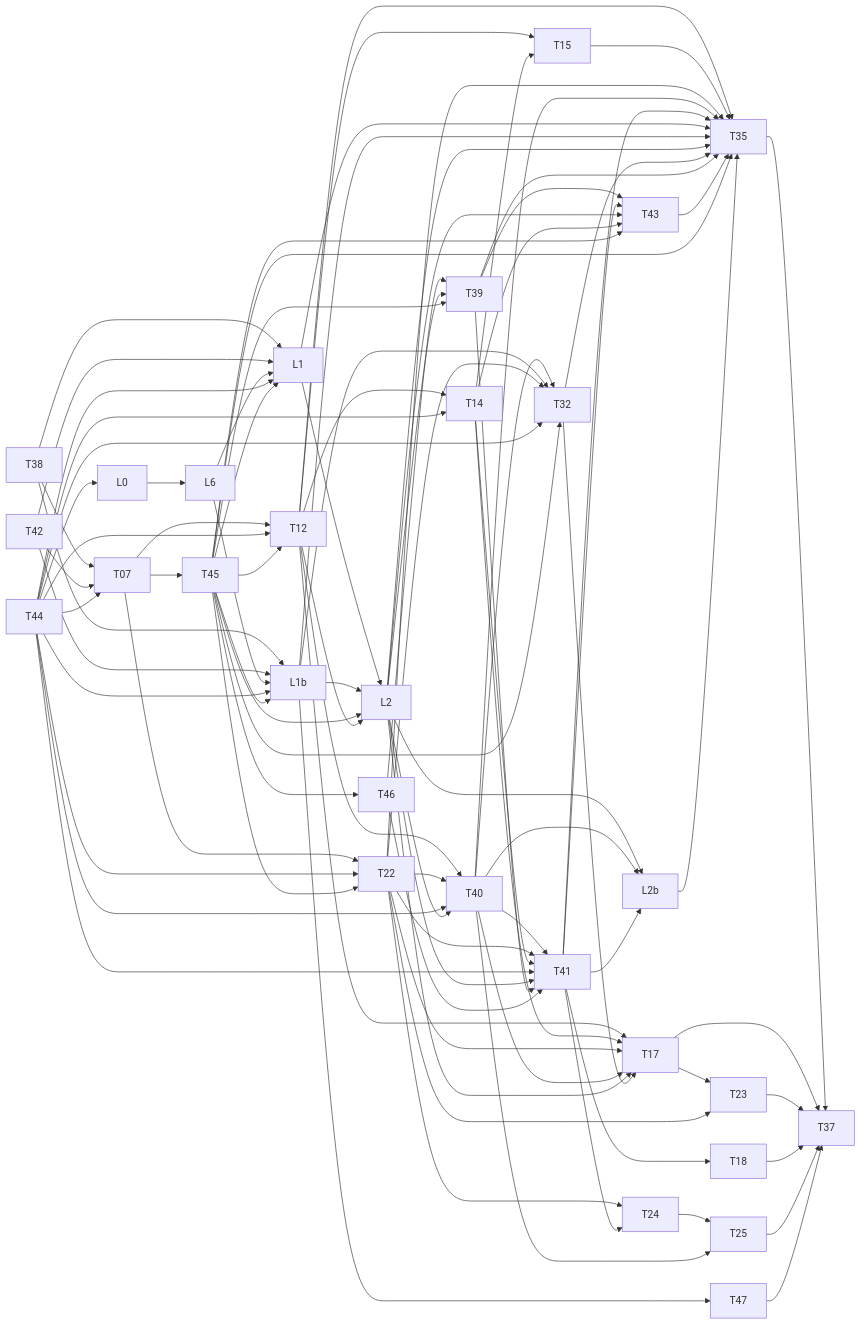
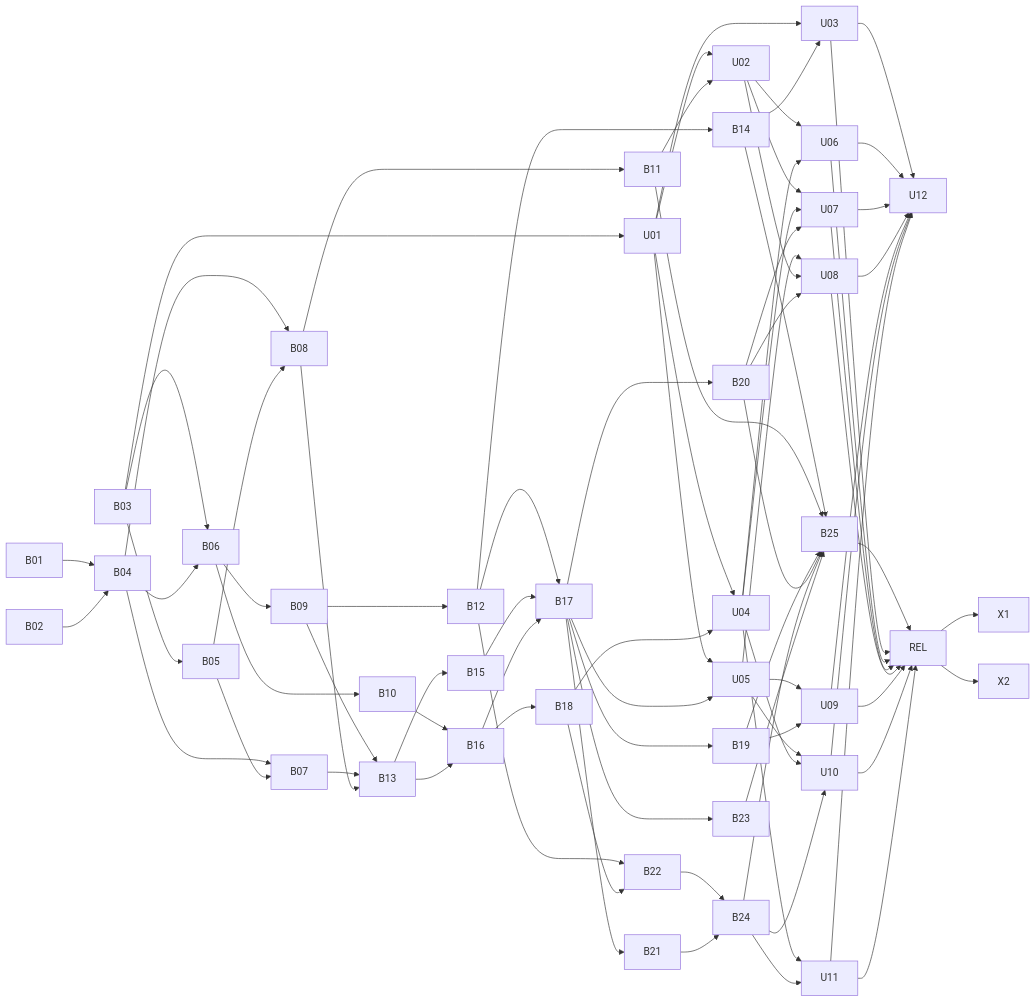
One commit to HIRO15254/sapphire2 changed the second of 2 diagrams in docs/design/data-model-v2.md. Above: the diagram before and after it, drawn with Mermaid. The commit also changed other lines of this file and 5 other files, not shown here.

````diff
--- a/docs/design/data-model-v2.md
+++ b/docs/design/data-model-v2.md
@@ -1247,192 +1257,82 @@
 ```mermaid
 flowchart LR
-
-T38
-
-T42
-
-T38 --> T07
-
-T42 --> T07
-
-T44
-
-T07 --> T45
-
-T07 --> T12
-
-T44 --> T12
-
-T45 --> T12
-
-T12 --> T14
-
-T44 --> T14
-
-T12 --> T15
-
-T14 --> T15
-
-T07 --> T22
-
-T44 --> T22
-
-T45 --> T22
-
-T12 --> T40
-
-T22 --> T40
-
-T44 --> T40
-
-T40 --> T41
-
-T22 --> T41
-
-T14 --> T41
-
-T44 --> T41
-
-T41 --> T18
-
-T46 --> T39
-
-L2 --> T39
-
-T45 --> T39
-
-T44 --> L0
-
-L0 --> L6
-
-T38 --> L1
-
-T42 --> L1
-
-L6 --> L1
-
-T44 --> L1
-
-T45 --> L1
-
-T38 --> L1b
-
-T42 --> L1b
-
-L6 --> L1b
-
-T44 --> L1b
-
-T45 --> L1b
-
-L1 --> L2
-
-L1b --> L2
-
-T45 --> L2
-
-T40 --> T32
-
-L1b --> T32
-
-T22 --> T32
-
-T44 --> T32
-
-T45 --> T32
-
-T12 --> T17
-
-T14 --> T17
-
-T22 --> T17
-
-T40 --> T17
-
-L2 --> T17
-
-T32 --> T17
-
-T17 --> T23
-
-T22 --> T23
-
-T22 --> T24
-
-T41 --> T24
-
-T24 --> T25
-
-T40 --> T25
-
-T39 --> T43
-
-T41 --> T43
-
-L2 --> T43
-
-T14 --> T43
-
-T45 --> T43
-
-T12 --> T35
-
-T15 --> T35
-
-T22 --> T35
-
-T40 --> T35
-
-T41 --> T35
-
-L1 --> T35
-
-L1b --> T35
-
-L2 --> T35
-
-T32 --> T35
-
-T39 --> T35
-
-T43 --> T35
-
-T45 --> T35
-
-T35 --> T37
-
-T17 --> T37
-
-T23 --> T37
-
-T18 --> T37
-
-T25 --> T37
-
-T44 --> T07
-
-T12 --> L2
-
-T45 --> T46
-
-L2 --> T40
-
-L2 --> T41
-
-T39 --> T41
-
-T46 --> T41
-
-L2 --> L2b
-
-T40 --> L2b
-
-T41 --> L2b
-
-L2b --> T35
-
-L1b --> T47
-
-T47 --> T37
-
+B01 --> B04
+B02 --> B04
+B03 --> B05
+B03 --> U01
+B03 --> B06
+B04 --> B06
+B04 --> B07
+B05 --> B07
+B04 --> B08
+B05 --> B08
+B06 --> B09
+B06 --> B10
+B08 --> B11
+B09 --> B12
+B09 --> B13
+B07 --> B13
+B08 --> B13
+U01 --> U02
+B11 --> U02
+B12 --> B14
+B13 --> B15
+B10 --> B16
+B13 --> B16
+B12 --> B17
+B15 --> B17
+B16 --> B17
+B16 --> B18
+U01 --> U03
+B14 --> U03
+B17 --> B19
+B17 --> B20
+B17 --> B21
+B12 --> B22
+B18 --> B22
+B17 --> B23
+U01 --> U04
+B18 --> U04
+U01 --> U05
+B17 --> U05
+B22 --> B24
+B21 --> B24
+U02 --> U06
+U04 --> U06
+U02 --> U07
+U04 --> U07
+B20 --> U07
+U05 --> U08
+U02 --> U08
+B20 --> U08
+U05 --> U09
+B19 --> U09
+B14 --> B25
+B11 --> B25
+B19 --> B25
+B20 --> B25
+B24 --> B25
+B23 --> B25
+U05 --> U10
+U04 --> U10
+B24 --> U10
+U04 --> U11
+B24 --> U11
+U03 --> U12
+U06 --> U12
+U07 --> U12
+U08 --> U12
+U09 --> U12
+U10 --> U12
+U11 --> U12
+B25 --> REL
+U03 --> REL
+U06 --> REL
+U07 --> REL
+U08 --> REL
+U09 --> REL
+U10 --> REL
+U11 --> REL
+REL --> X1
+REL --> X2
 ```
````
